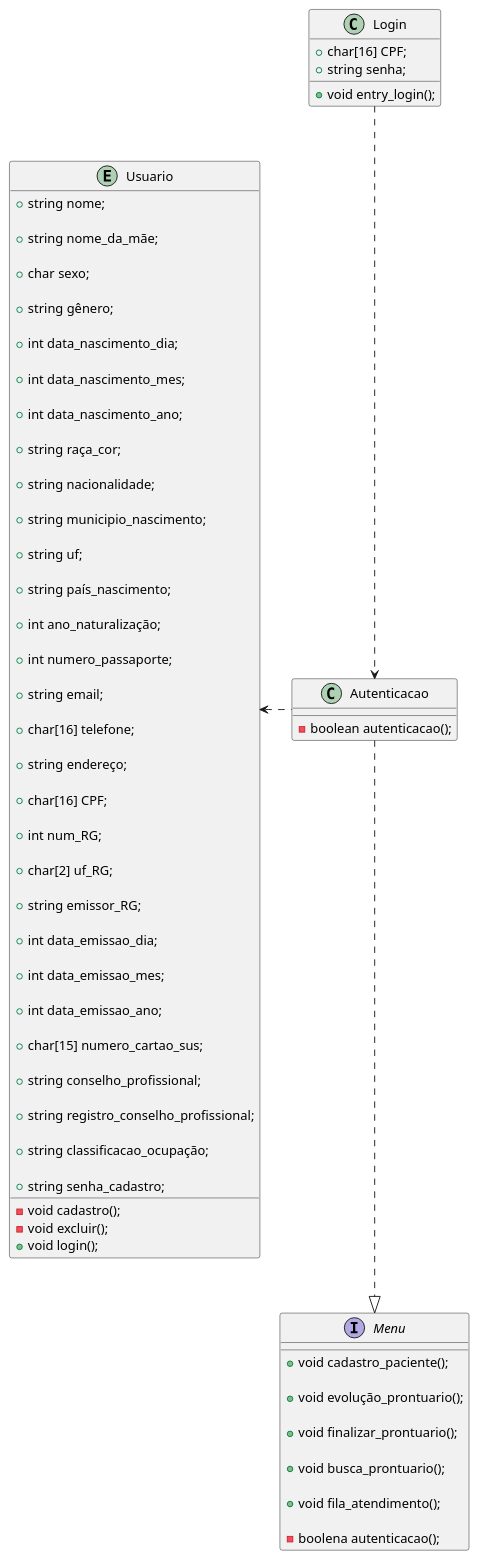
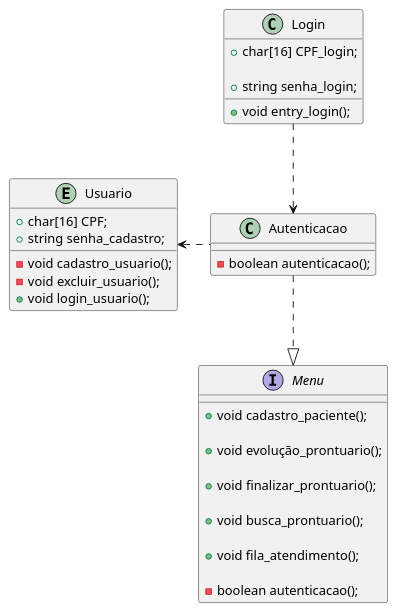
One commit to alexandrelpgillet/SW-de-gerenciamento-de-prontu-rio-eletr-nico-em-Unidade-de-Pronto-Atendimento-UPA- changed the diagram in Software Engineering Documentation/Scope documents, requirements and business rules/UML Software Modeling/class_diagram_login.puml. Above: the diagram before and after it, drawn with PlantUML. The commit also changed 1 other file, not shown here.

Commit message:
Add class_diagram_cadastro

```diff
--- a/Software Engineering Documentation/Scope documents, requirements and business rules/UML Software Modeling/class_diagram_login.puml
+++ b/Software Engineering Documentation/Scope documents, requirements and business rules/UML Software Modeling/class_diagram_login.puml
@@ -1,116 +1,63 @@
-@startuml Diagrama de Classe do Sistema
+@startuml Diagrama de Classe Login
 
 
 
  entity  "Usuario"
  {  
    
 
-    +string nome; 
-
-    +string nome_da_mãe;
-    
-    +char sexo;
-    
-    +string gênero;
-    
-    +int data_nascimento_dia;
-    
-    +int data_nascimento_mes;
-    
-    +int data_nascimento_ano;
-    
-    +string raça_cor;
-   
-    +string nacionalidade;
-   
-    +string municipio_nascimento;
-   
-    +string uf;
-   
-    +string país_nascimento;
-   
-    +int ano_naturalização;
-   
-    +int numero_passaporte;
-   
-    +string email;
-    
-    +char[16] telefone;
-    
-    +string endereço;
-    
-    +char[16] CPF;
-    
-    +int num_RG;
-    
-    +char[2] uf_RG;
-    
-    +string emissor_RG;
-    
-    +int data_emissao_dia;
-    
-    +int data_emissao_mes;
-    
-    +int data_emissao_ano;
-    
-    +char[15] numero_cartao_sus;
-    
-    +string conselho_profissional;
-    
-    +string registro_conselho_profissional;
-    
-    +string classificacao_ocupação;
-    
+    +char[16] CPF; 
     +string senha_cadastro;
 
-    -void cadastro();
-    -void excluir();
-    +void login();
+    -void cadastro_usuario();
+    -void excluir_usuario();
+    +void login_usuario();
     
 
 
     
 
 
  }
 
 class "Login"
 {
-    +char[16] CPF;
-    +string senha;
+    +char[16] CPF_login;
+
+    +string senha_login;
+    
     +void entry_login();
 
 }
 
 class "Autenticacao"
 {
     -boolean autenticacao();
 
 }
 
 interface "Menu"
 {
     +void cadastro_paciente();
 
     +void evolução_prontuario();
 
     +void finalizar_prontuario();
 
     +void busca_prontuario();
 
     +void fila_atendimento();
 
-    -boolena autenticacao();
+    -boolean autenticacao();
 
 }
 
 
 Login..>Autenticacao
 
 Autenticacao -left..> Usuario
 Autenticacao ..|> Menu
 
 
 
 @enduml
```
